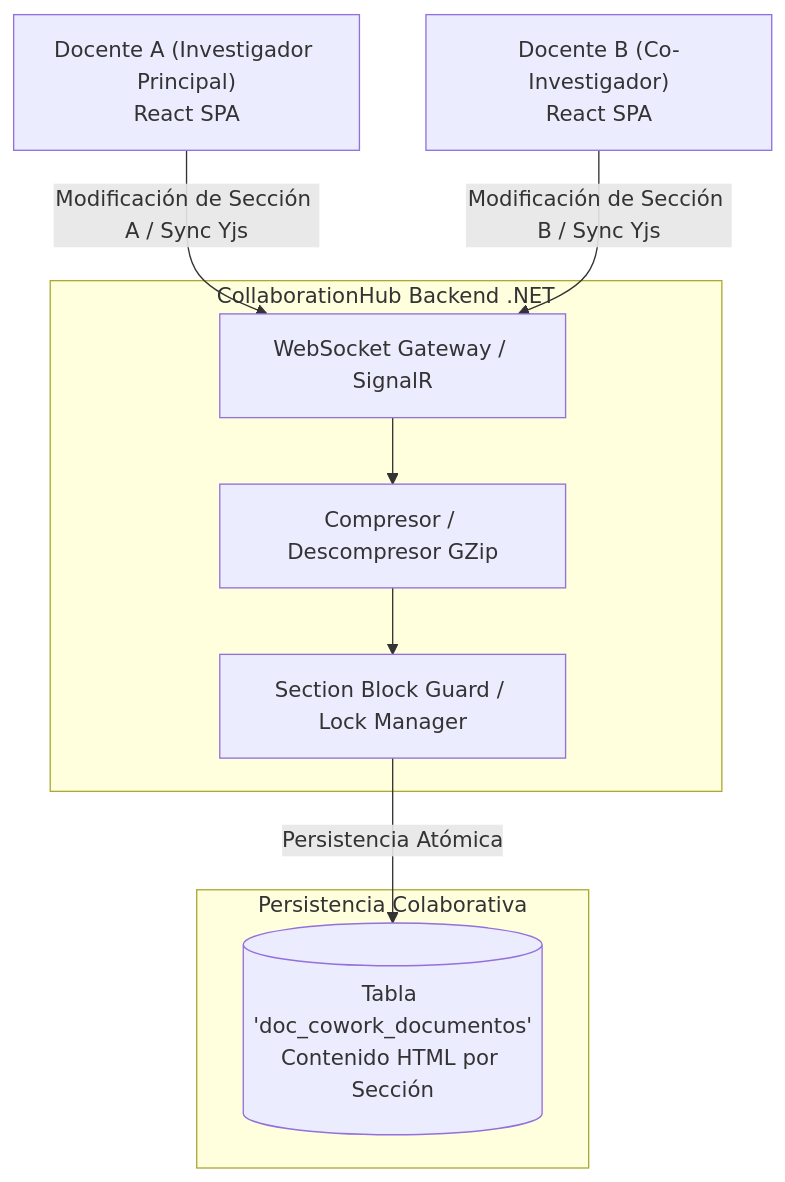
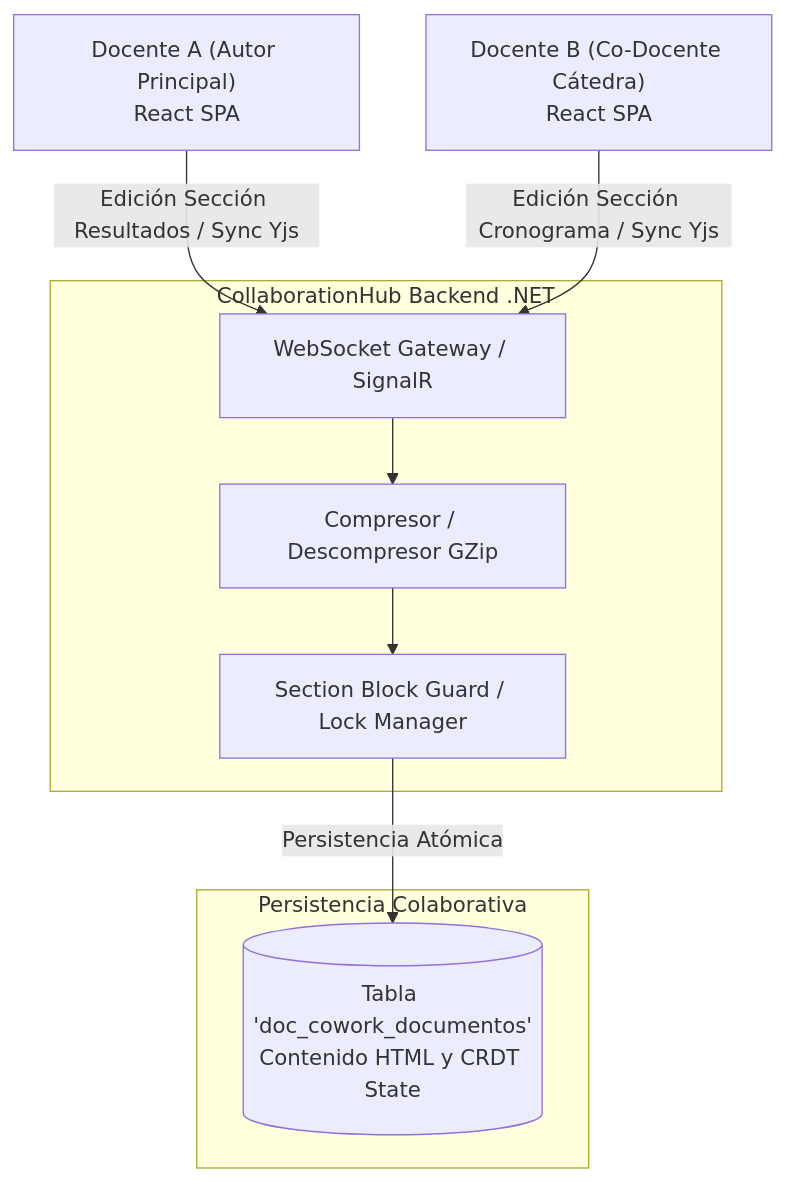
One commit to JorgeDoicela/dosier changed the fourth of 5 diagrams in docs/documentacion/01-arquitectura/02-micro-arquitecturas-patrones.md. Above: the diagram before and after it, drawn with Mermaid. The commit also changed other lines of this file and 29 other files, not shown here.

````diff
--- a/docs/documentacion/01-arquitectura/02-micro-arquitecturas-patrones.md
+++ b/docs/documentacion/01-arquitectura/02-micro-arquitecturas-patrones.md
@@ -119,22 +145,22 @@
 ```mermaid
 graph TD
-    UserA["Docente A (Investigador Principal)\nReact SPA"]
-    UserB["Docente B (Co-Investigador)\nReact SPA"]
+    UserA["Docente A (Autor Principal)\nReact SPA"]
+    UserB["Docente B (Co-Docente Cátedra)\nReact SPA"]
 
     subgraph SignalRHub [CollaborationHub Backend .NET]
         WsGateway["WebSocket Gateway / SignalR"]
         GZipFilter["Compresor / Descompresor GZip"]
         LockManager["Section Block Guard / Lock Manager"]
     end
 
     subgraph PersistenciaCoWork [Persistencia Colaborativa]
-        DocCoworkDB[("Tabla 'doc_cowork_documentos'\nContenido HTML por Sección")]
+        DocCoworkDB[("Tabla 'doc_cowork_documentos'\nContenido HTML y CRDT State")]
     end
 
-    UserA -->|Modificación de Sección A / Sync Yjs| WsGateway
-    UserB -->|Modificación de Sección B / Sync Yjs| WsGateway
+    UserA -->|Edición Sección Resultados / Sync Yjs| WsGateway
+    UserB -->|Edición Sección Cronograma / Sync Yjs| WsGateway
 
     WsGateway --> GZipFilter
     GZipFilter --> LockManager
     LockManager -->|Persistencia Atómica| DocCoworkDB
 ```
````
